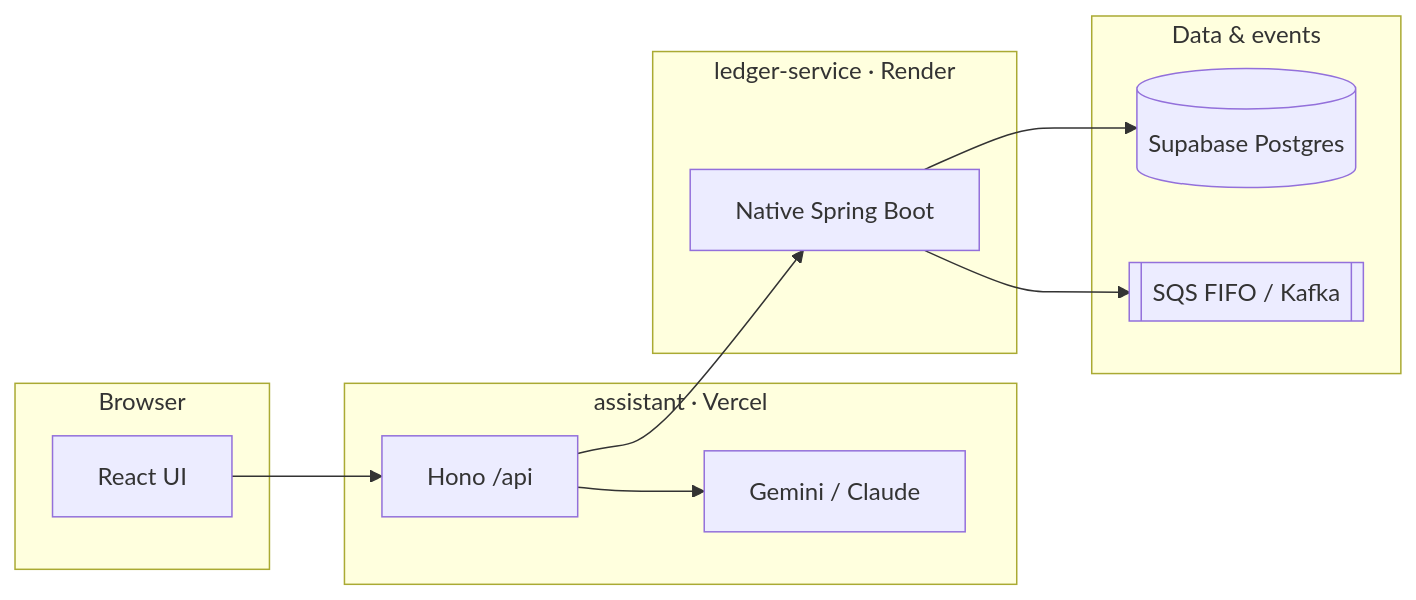
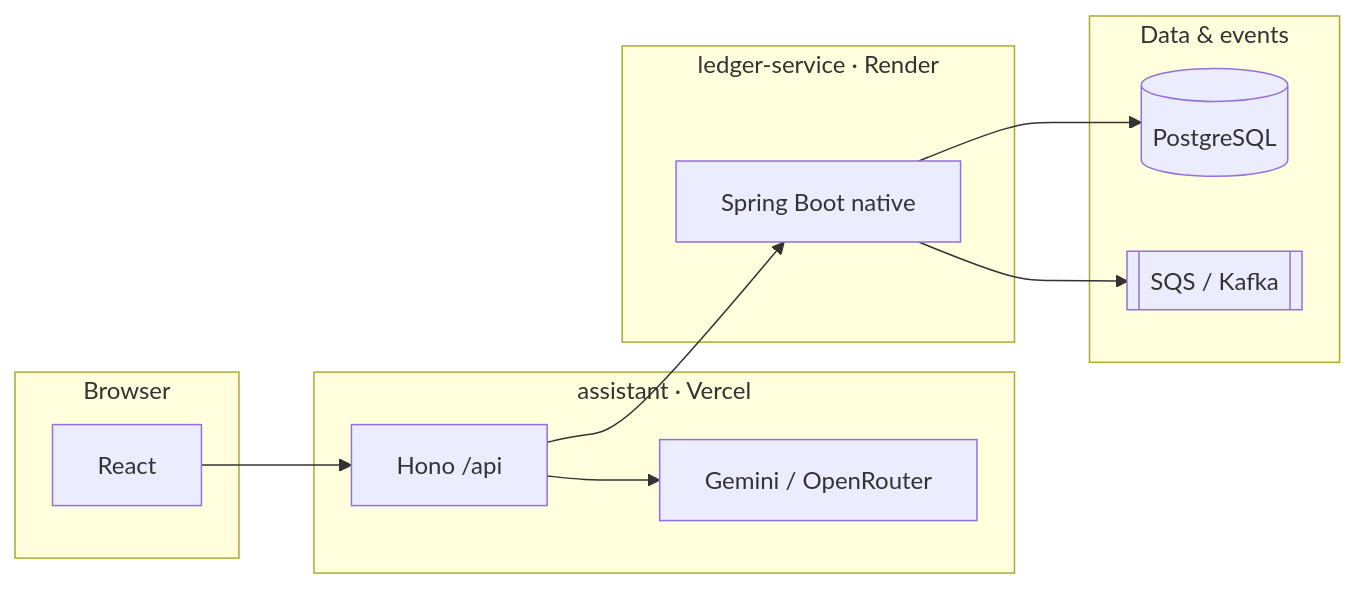
One commit to developer-az/p2p-ledger changed the second of 2 diagrams in README.md. Above: the diagram before and after it, drawn with Mermaid. The commit also changed other lines of this file and 4 other files, not shown here.

````diff
--- a/README.md
+++ b/README.md
@@ -98,22 +72,22 @@
 ```mermaid
 flowchart LR
   subgraph client["Browser"]
-    UI[React UI]
+    UI[React]
   end
   subgraph vercel["assistant · Vercel"]
     API[Hono /api]
-    LLM[Gemini / Claude]
+    LLM[Gemini / OpenRouter]
   end
   subgraph render["ledger-service · Render"]
-    JVM[Native Spring Boot]
+    JVM[Spring Boot native]
   end
   subgraph data["Data & events"]
-    PG[(Supabase Postgres)]
-    Q[[SQS FIFO / Kafka]]
+    PG[(PostgreSQL)]
+    Q[[SQS / Kafka]]
   end
   UI --> API
   API --> JVM
   API --> LLM
   JVM --> PG
   JVM --> Q
 ```
````
